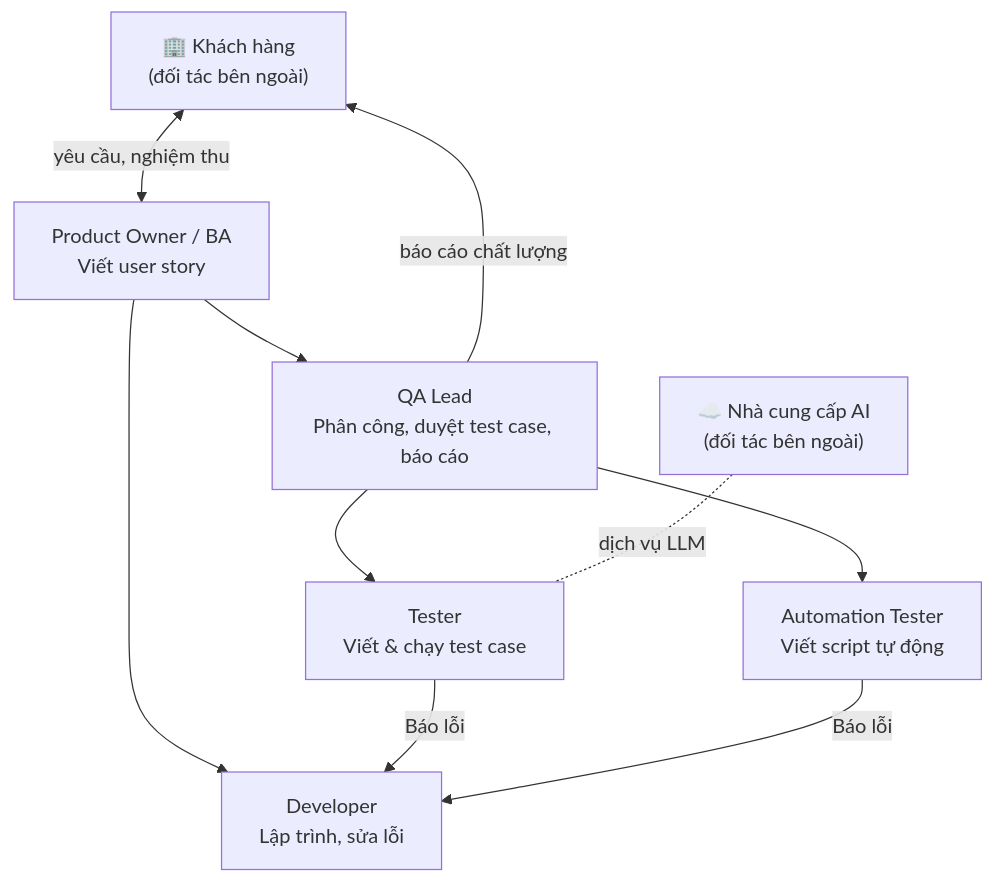
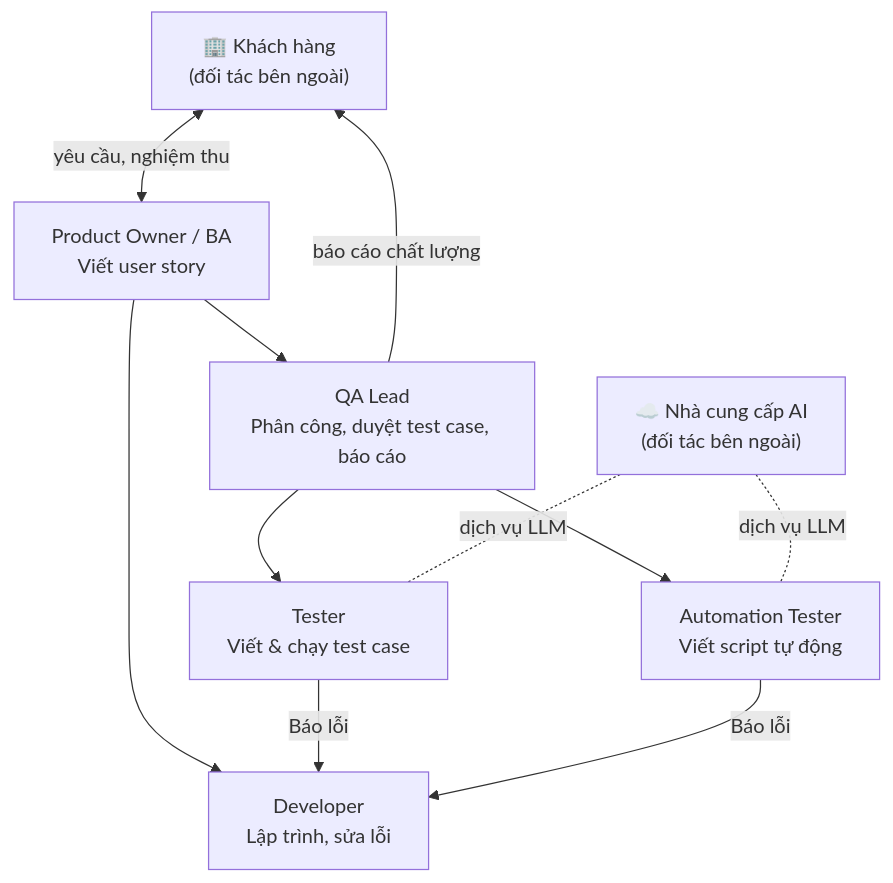
Before and after one commit to quangphuoc73/Phan_Mem_Quan_Ly_Test_Cases: the second of 3 diagrams in docs/01_KhaoSatHienTrang.md, drawn with Mermaid. The commit also changed other lines of this file and 3 other files, not shown here.

````diff
--- a/docs/01_KhaoSatHienTrang.md
+++ b/docs/01_KhaoSatHienTrang.md
@@ -44,12 +44,13 @@
 ```mermaid
 flowchart TD
     KH["🏢 Khách hàng<br/>(đối tác bên ngoài)"] <-->|"yêu cầu, nghiệm thu"| PM
     PM["Product Owner / BA<br/>Viết user story"] --> QAL["QA Lead<br/>Phân công, duyệt test case, báo cáo"]
     PM --> DEV["Developer<br/>Lập trình, sửa lỗi"]
     QAL --> T1["Tester<br/>Viết & chạy test case"]
     QAL --> T2["Automation Tester<br/>Viết script tự động"]
     QAL -->|"báo cáo chất lượng"| KH
     T1 -->|Báo lỗi| DEV
     T2 -->|Báo lỗi| DEV
     AI["☁️ Nhà cung cấp AI<br/>(đối tác bên ngoài)"] -. "dịch vụ LLM" .- T1
+    AI -. "dịch vụ LLM" .- T2
 ```
````
